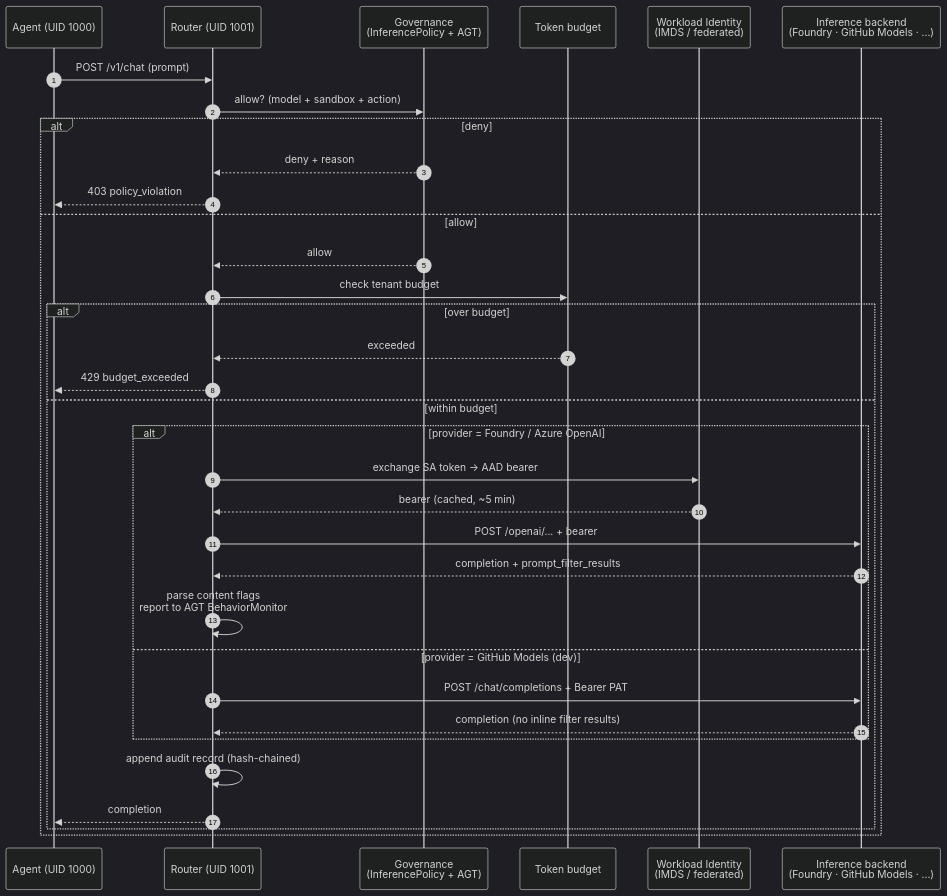
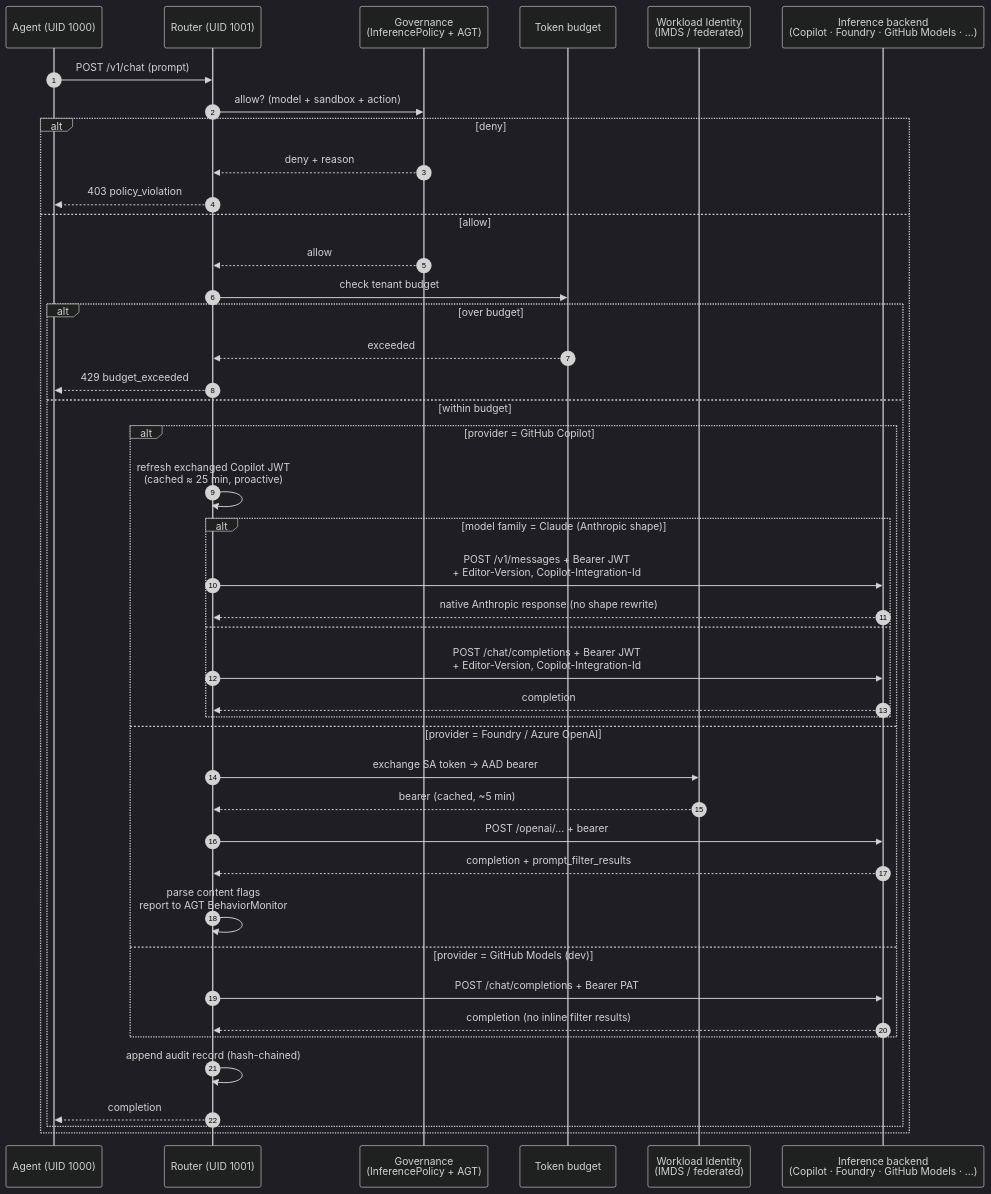
One commit to Azure/kars changed the diagram in docs/architecture.md. Above: the diagram before and after it, drawn with Mermaid (dark theme). The commit also changed other lines of this file and 52 other files, not shown here.

First line of the commit message:
feat: GitHub Copilot provider + Anthropic passthrough + multi-agent peer roster

````diff
--- a/docs/architecture.md
+++ b/docs/architecture.md
@@ -64,37 +64,46 @@
 ```mermaid
 sequenceDiagram
   autonumber
   participant Agent as Agent (UID 1000)
   participant Router as Router (UID 1001)
   participant Gov as Governance<br/>(InferencePolicy + AGT)
   participant Budget as Token budget
   participant WI as Workload Identity<br/>(IMDS / federated)
-  participant Model as Inference backend<br/>(Foundry · GitHub Models · ...)
+  participant Model as Inference backend<br/>(Copilot · Foundry · GitHub Models · ...)
 
   Agent->>Router: POST /v1/chat (prompt)
   Router->>Gov: allow? (model + sandbox + action)
   alt deny
     Gov-->>Router: deny + reason
     Router-->>Agent: 403 policy_violation
   else allow
     Gov-->>Router: allow
     Router->>Budget: check tenant budget
     alt over budget
       Budget-->>Router: exceeded
       Router-->>Agent: 429 budget_exceeded
     else within budget
-      alt provider = Foundry / Azure OpenAI
+      alt provider = GitHub Copilot
+        Router->>Router: refresh exchanged Copilot JWT<br/>(cached ≈ 25 min, proactive)
+        alt model family = Claude (Anthropic shape)
+          Router->>Model: POST /v1/messages + Bearer JWT<br/>+ Editor-Version, Copilot-Integration-Id
+          Model-->>Router: native Anthropic response (no shape rewrite)
+        else
+          Router->>Model: POST /chat/completions + Bearer JWT<br/>+ Editor-Version, Copilot-Integration-Id
+          Model-->>Router: completion
+        end
+      else provider = Foundry / Azure OpenAI
         Router->>WI: exchange SA token → AAD bearer
         WI-->>Router: bearer (cached, ~5 min)
         Router->>Model: POST /openai/... + bearer
         Model-->>Router: completion + prompt_filter_results
         Router->>Router: parse content flags<br/>report to AGT BehaviorMonitor
       else provider = GitHub Models (dev)
         Router->>Model: POST /chat/completions + Bearer PAT
         Model-->>Router: completion (no inline filter results)
       end
       Router->>Router: append audit record (hash-chained)
       Router-->>Agent: completion
     end
   end
 ```
````
